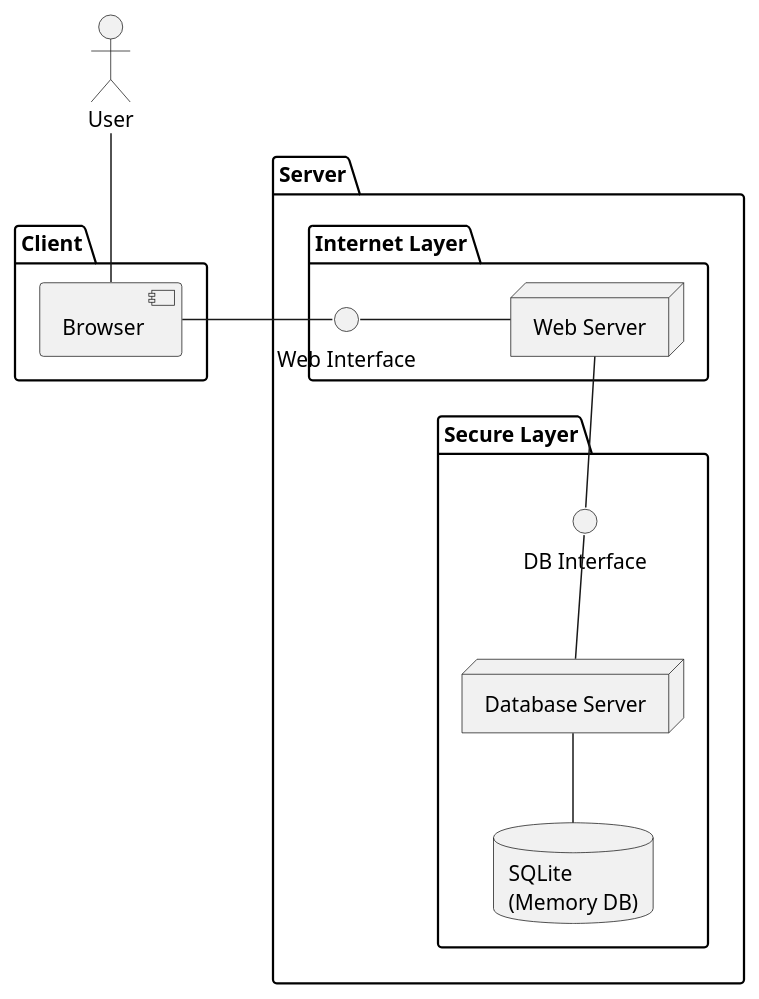
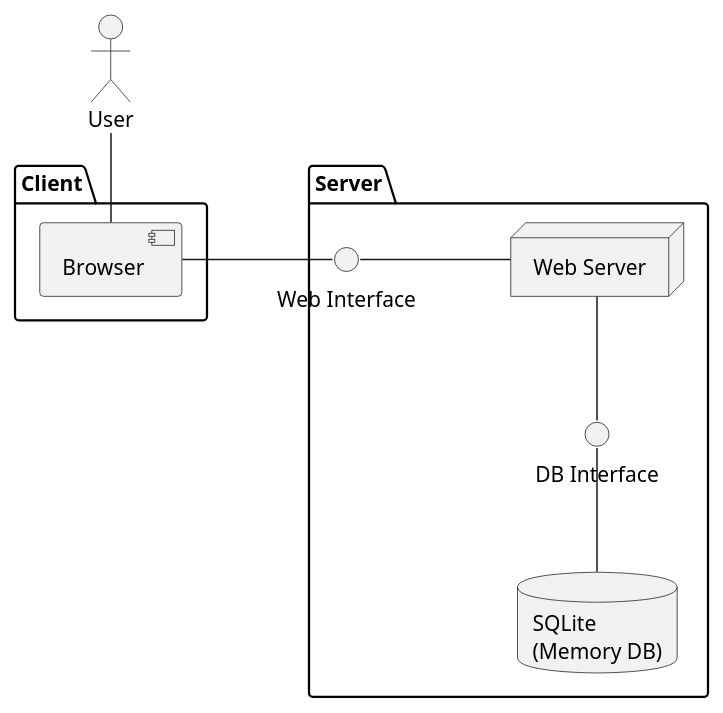
Before and after one commit to yaroth/ch.bfh.bti7081.s2019.white: the diagram in doc/task05/deployment_diagram.puml, drawn with PlantUML.

```diff
--- a/doc/task05/deployment_diagram.puml
+++ b/doc/task05/deployment_diagram.puml
@@ -1,45 +1,34 @@
 @startuml
 
 skinparam nodesep 100
 
 actor User
 
 
 package "Client" {
 component Browser
 
 }
 
 package "Server" {
-package "Secure Layer"{
-node dbServ1 [
-Database Server
+
+node webServ1 [
+Web Server
 ]
 
+interface "Web Interface" as webint
 interface "DB Interface" as dbint
 
 database db1[
 SQLite
 (Memory DB)
 ]
 }
 
-package "Internet Layer" {
-node webServ1 [
-Web Server
-]
-interface "Web Interface" as webint
-}
-
-}
-
 User -- Browser
 Browser - webint
 webint - webServ1
 webServ1 -- dbint
-dbint -- dbServ1
-
-dbServ1 -- db1
-
+dbint -- db1
 
 @enduml
```
